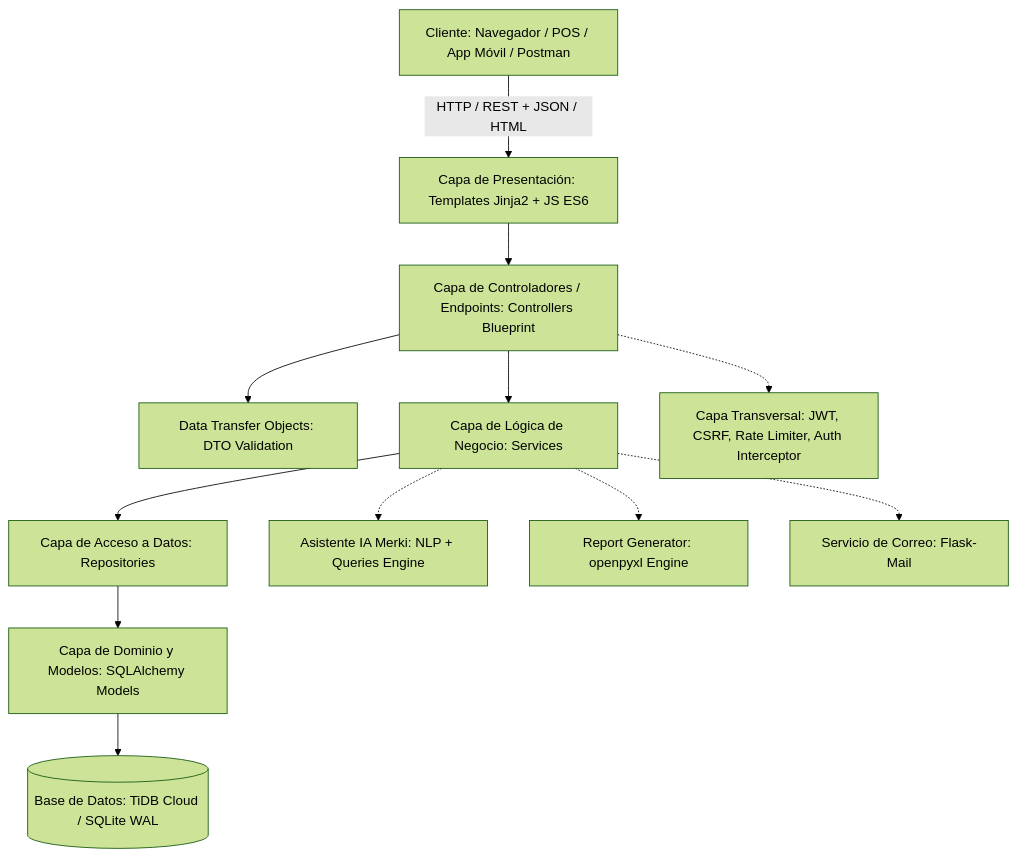
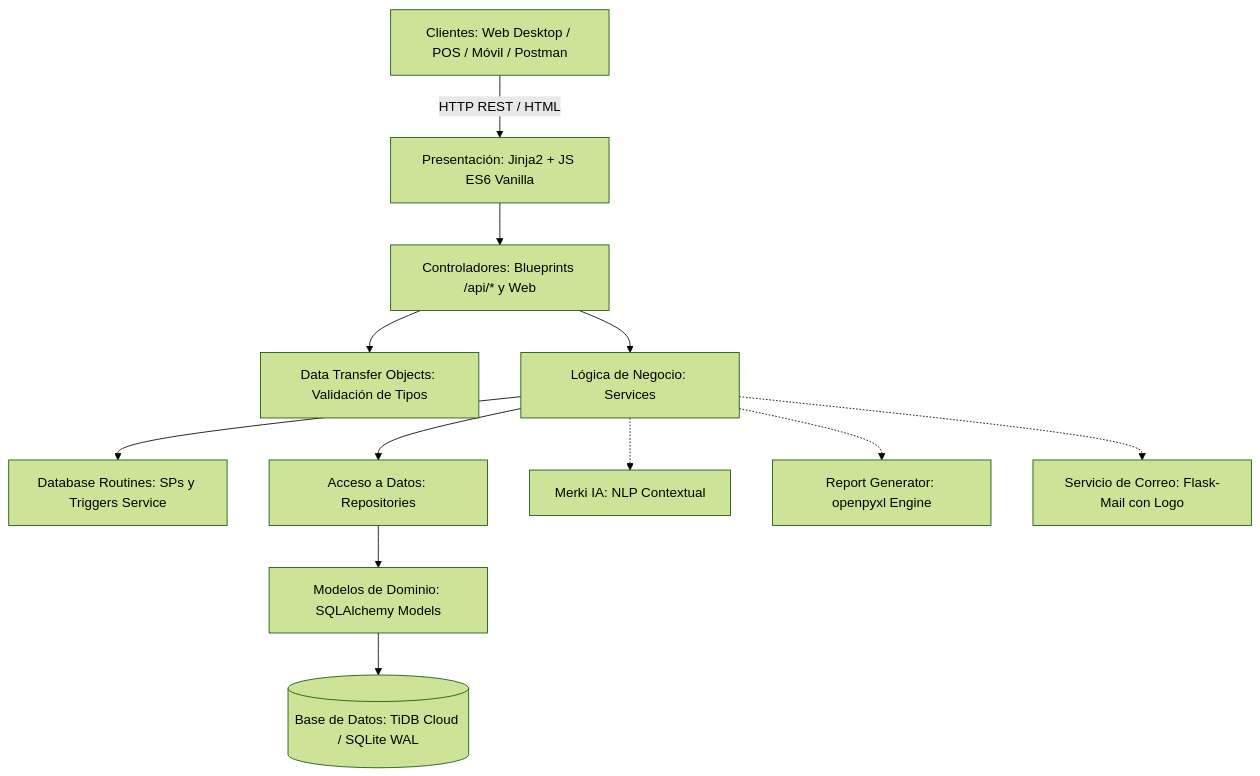
Before and after one commit to haroldforero31-creator/MercAPP_IS2_Backend: the diagram in docs/Manual_Tecnico_MercAPP.md, drawn with Mermaid (forest theme). The commit also changed other lines of this file and 16 other files, not shown here.

Commit message:
fix(audit-compliance): resolver todas las observaciones de auditoria, cors, csp, sps/triggers, repositorios, logo y ci gate

````diff
--- a/docs/Manual_Tecnico_MercAPP.md
+++ b/docs/Manual_Tecnico_MercAPP.md
@@ -28,15 +33,15 @@
 ```mermaid
 graph TD
-    Client[Cliente: Navegador / POS / App Móvil / Postman] -->|HTTP / REST + JSON / HTML| Presentation[Capa de Presentación: Templates Jinja2 + JS ES6]
-    Presentation --> Controller[Capa de Controladores / Endpoints: Controllers Blueprint]
-    Controller --> DTO[Data Transfer Objects: DTO Validation]
-    Controller --> Service[Capa de Lógica de Negocio: Services]
-    Service --> Repository[Capa de Acceso a Datos: Repositories]
-    Repository --> Model[Capa de Dominio y Modelos: SQLAlchemy Models]
+    Client[Clientes: Web Desktop / POS / Móvil / Postman] -->|HTTP REST / HTML| Presentation[Presentación: Jinja2 + JS ES6 Vanilla]
+    Presentation --> Controller[Controladores: Blueprints /api/* y Web]
+    Controller --> DTO[Data Transfer Objects: Validación de Tipos]
+    Controller --> Service[Lógica de Negocio: Services]
+    Service --> Routines[Database Routines: SPs y Triggers Service]
+    Service --> Repository[Acceso a Datos: Repositories]
+    Repository --> Model[Modelos de Dominio: SQLAlchemy Models]
     Model --> DB[(Base de Datos: TiDB Cloud / SQLite WAL)]
     
-    Service -.-> AI[Asistente IA Merki: NLP + Queries Engine]
+    Service -.-> AI[Merki IA: NLP Contextual]
     Service -.-> Excel[Report Generator: openpyxl Engine]
-    Service -.-> Mail[Servicio de Correo: Flask-Mail]
-    Controller -.-> Security[Capa Transversal: JWT, CSRF, Rate Limiter, Auth Interceptor]
+    Service -.-> Mail[Servicio de Correo: Flask-Mail con Logo]
 ```
````
